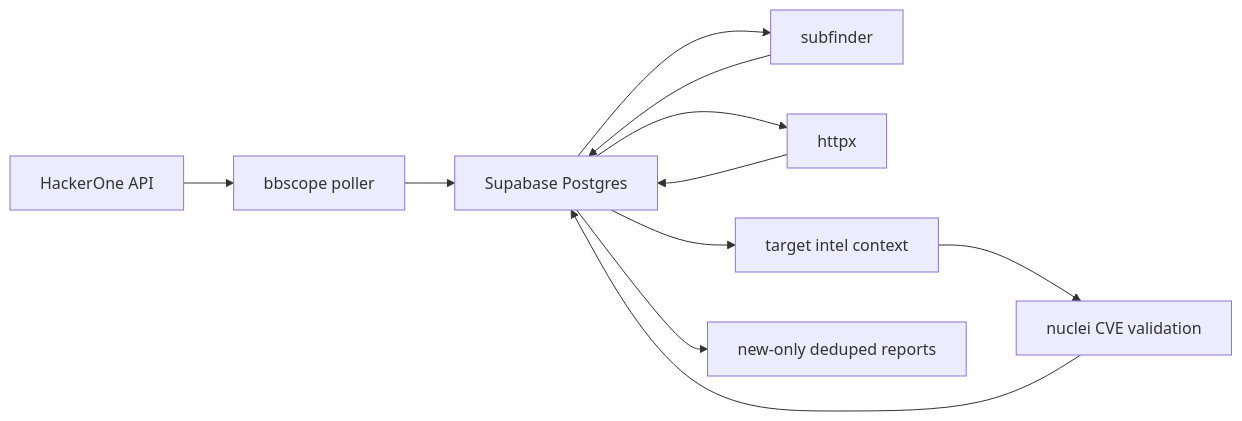
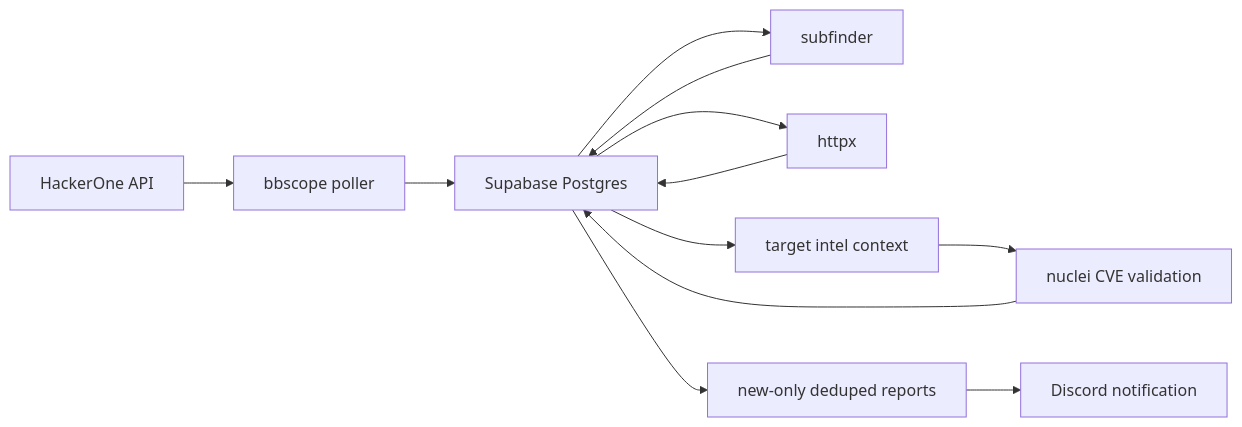
Before and after one commit to rafabd1/ZERO: the diagram in docs/ARCHITECTURE.md, drawn with Mermaid. The commit also changed other lines of this file and 14 other files, not shown here.

````diff
--- a/docs/ARCHITECTURE.md
+++ b/docs/ARCHITECTURE.md
@@ -5,13 +5,14 @@
 ```mermaid
 flowchart LR
   H1["HackerOne API"] --> BBS["bbscope poller"]
   BBS --> DB["Supabase Postgres"]
   DB --> SF["subfinder"]
   SF --> DB
   DB --> HX["httpx"]
   HX --> DB
   DB --> INTEL["target intel context"]
   INTEL --> NUCLEI["nuclei CVE validation"]
   NUCLEI --> DB
   DB --> REPORT["new-only deduped reports"]
+  REPORT --> DISCORD["Discord notification"]
 ```
````
